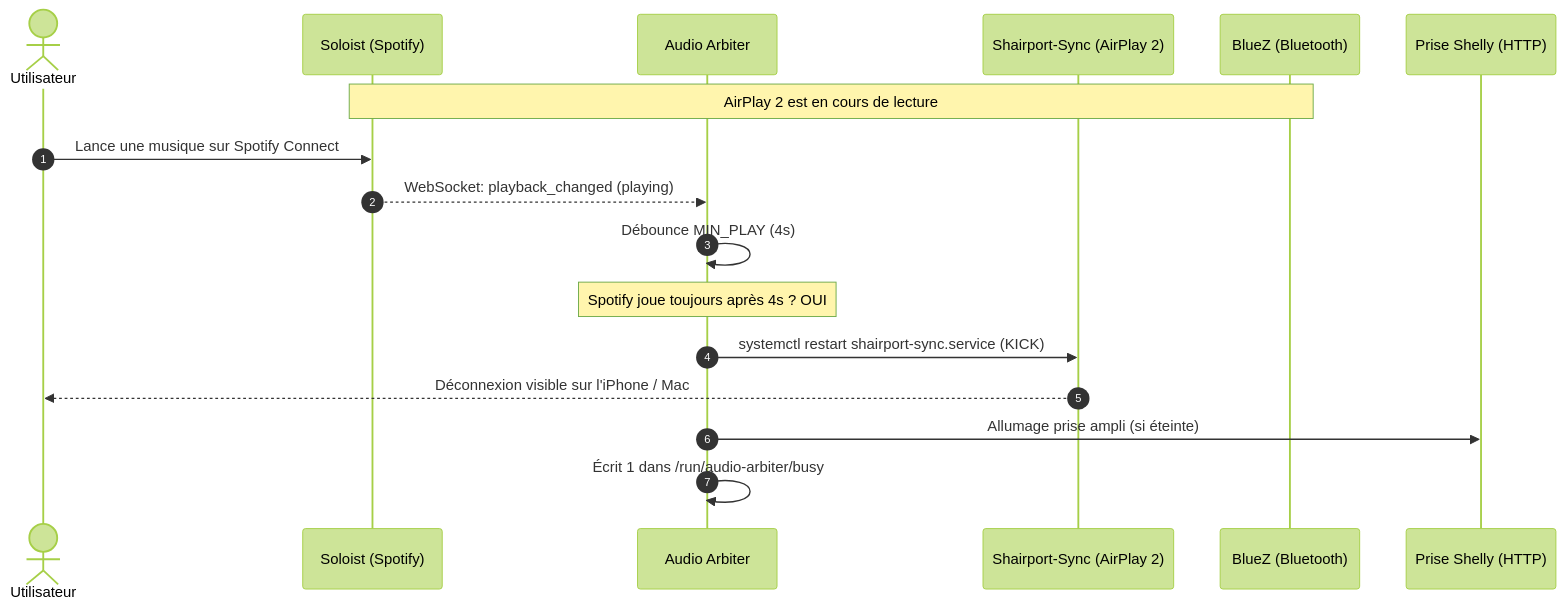
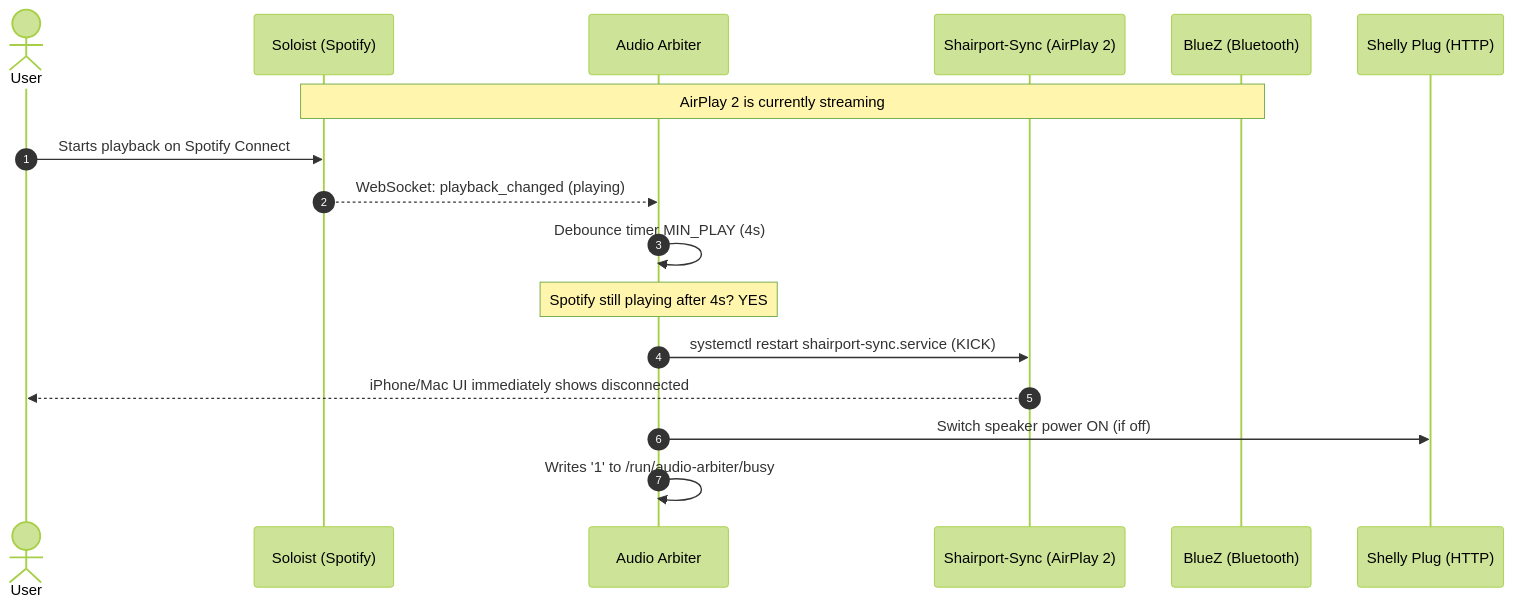
One commit to kernelb00t/nix-pi-audio changed the diagram in spec/02-audio-sources-and-arbitration.md. Above: the diagram before and after it, drawn with Mermaid (forest theme). The commit also changed other lines of this file and 7 other files, not shown here.

````diff
--- a/spec/02-audio-sources-and-arbitration.md
+++ b/spec/02-audio-sources-and-arbitration.md
@@ -36,20 +36,20 @@
 ```mermaid
 sequenceDiagram
     autonumber
-    actor User as Utilisateur
+    actor User as User
     participant Spotify as Soloist (Spotify)
     participant Arbiter as Audio Arbiter
     participant AirPlay as Shairport-Sync (AirPlay 2)
     participant BT as BlueZ (Bluetooth)
-    participant Shelly as Prise Shelly (HTTP)
+    participant Shelly as Shelly Plug (HTTP)
 
-    Note over Spotify,BT: AirPlay 2 est en cours de lecture
-    User->>Spotify: Lance une musique sur Spotify Connect
+    Note over Spotify,BT: AirPlay 2 is currently streaming
+    User->>Spotify: Starts playback on Spotify Connect
     Spotify-->>Arbiter: WebSocket: playback_changed (playing)
-    Arbiter->>Arbiter: Débounce MIN_PLAY (4s)
-    Note over Arbiter: Spotify joue toujours après 4s ? OUI
+    Arbiter->>Arbiter: Debounce timer MIN_PLAY (4s)
+    Note over Arbiter: Spotify still playing after 4s? YES
     Arbiter->>AirPlay: systemctl restart shairport-sync.service (KICK)
-    AirPlay-->>User: Déconnexion visible sur l'iPhone / Mac
-    Arbiter->>Shelly: Allumage prise ampli (si éteinte)
-    Arbiter->>Arbiter: Écrit 1 dans /run/audio-arbiter/busy
+    AirPlay-->>User: iPhone/Mac UI immediately shows disconnected
+    Arbiter->>Shelly: Switch speaker power ON (if off)
+    Arbiter->>Arbiter: Writes '1' to /run/audio-arbiter/busy
 ```
````
